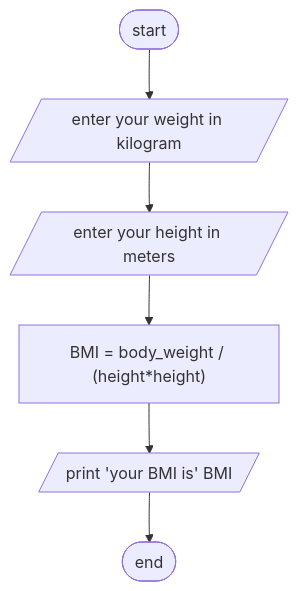
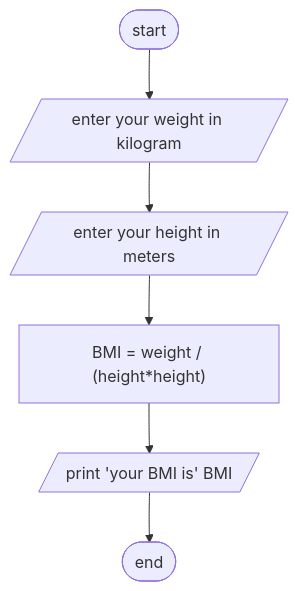
Before and after one commit to SWEG-2015EC-Batch/Codify: the diagram in ETS1118_15_Philipos_Hailu/2nd year/Exercise 1/Q1 BMI Problem/Analysis.md, drawn with Mermaid.

````diff
--- a/ETS1118_15_Philipos_Hailu/2nd year/Exercise 1/Q1 BMI Problem/Analysis.md
+++ b/ETS1118_15_Philipos_Hailu/2nd year/Exercise 1/Q1 BMI Problem/Analysis.md
@@ -18,8 +18,8 @@
 ```mermaid
 flowchart TD;
 A([start]) --> B[/enter your weight in kilogram/];
 B --> C[/enter your height in meters/];
-C --> D["BMI = body_weight / (height*height)"];
+C --> D["BMI = weight / (height*height)"];
 D --> E[/print 'your BMI is' BMI/];
 E --> F([end]);
 ```
````
